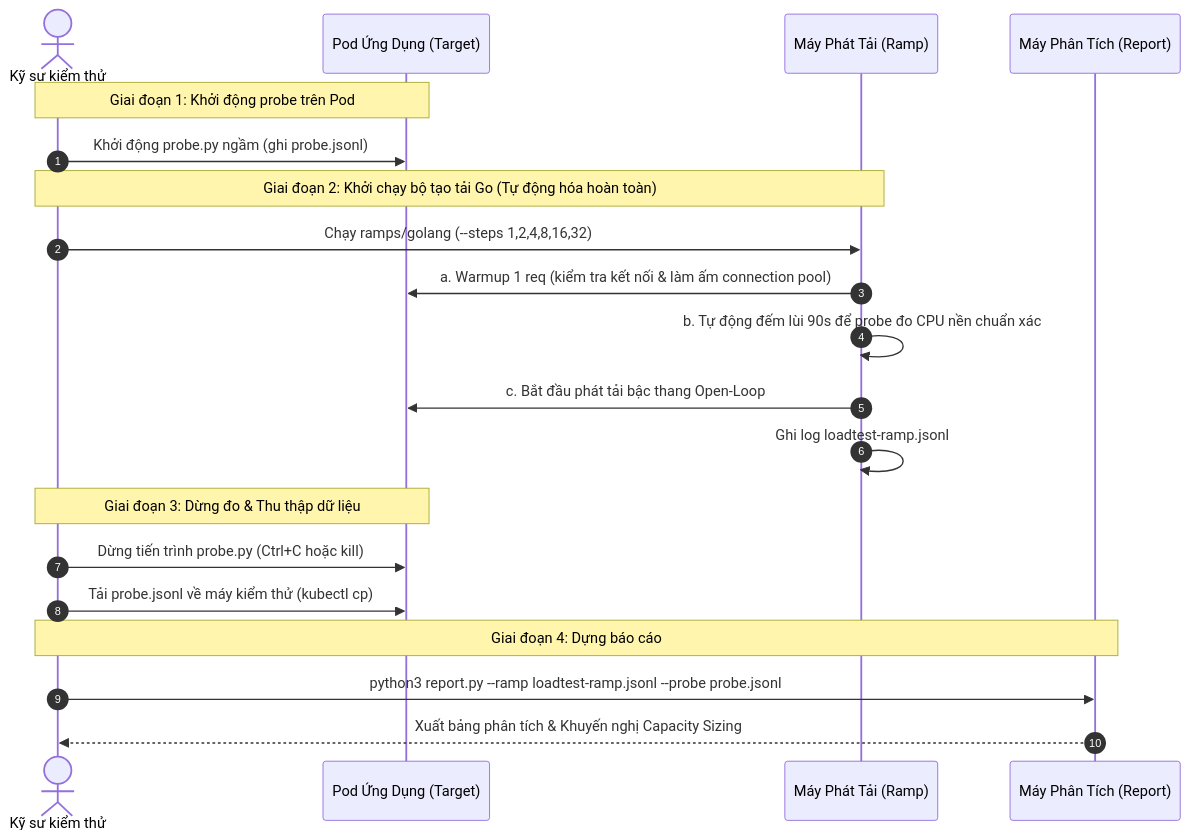
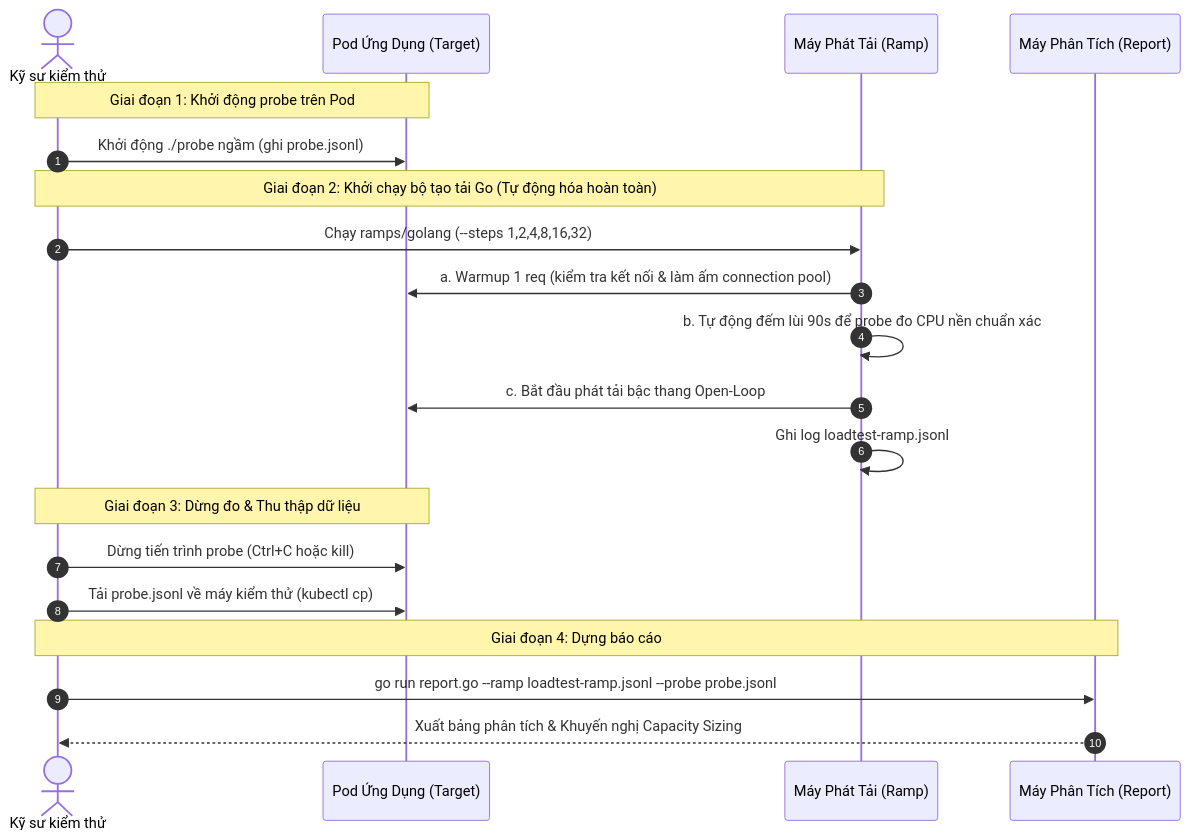
One commit to duyhustvn/capsizer changed the second of 2 diagrams in README.md. Above: the diagram before and after it, drawn with Mermaid. The commit also changed other lines of this file and 10 other files, not shown here.

````diff
--- a/README.md
+++ b/README.md
@@ -197,26 +191,26 @@
 ```mermaid
 sequenceDiagram
     autonumber
     actor Dev as Kỹ sư kiểm thử
     participant Pod as Pod Ứng Dụng (Target)
     participant Generator as Máy Phát Tải (Ramp)
     participant Analyzer as Máy Phân Tích (Report)
 
     Note over Dev,Pod: Giai đoạn 1: Khởi động probe trên Pod
-    Dev->>Pod: Khởi động probe.py ngầm (ghi probe.jsonl)
+    Dev->>Pod: Khởi động ./probe ngầm (ghi probe.jsonl)
     
     Note over Dev,Generator: Giai đoạn 2: Khởi chạy bộ tạo tải Go (Tự động hóa hoàn toàn)
     Dev->>Generator: Chạy ramps/golang (--steps 1,2,4,8,16,32)
     Generator->>Pod: a. Warmup 1 req (kiểm tra kết nối & làm ấm connection pool)
     Generator->>Generator: b. Tự động đếm lùi 90s để probe đo CPU nền chuẩn xác
     Generator->>Pod: c. Bắt đầu phát tải bậc thang Open-Loop
     Generator->>Generator: Ghi log loadtest-ramp.jsonl
     
     Note over Dev,Pod: Giai đoạn 3: Dừng đo & Thu thập dữ liệu
-    Dev->>Pod: Dừng tiến trình probe.py (Ctrl+C hoặc kill)
+    Dev->>Pod: Dừng tiến trình probe (Ctrl+C hoặc kill)
     Dev->>Pod: Tải probe.jsonl về máy kiểm thử (kubectl cp)
     
     Note over Dev,Analyzer: Giai đoạn 4: Dựng báo cáo
-    Dev->>Analyzer: python3 report.py --ramp loadtest-ramp.jsonl --probe probe.jsonl
+    Dev->>Analyzer: go run report.go --ramp loadtest-ramp.jsonl --probe probe.jsonl
     Analyzer-->>Dev: Xuất bảng phân tích & Khuyến nghị Capacity Sizing
 ```
````
